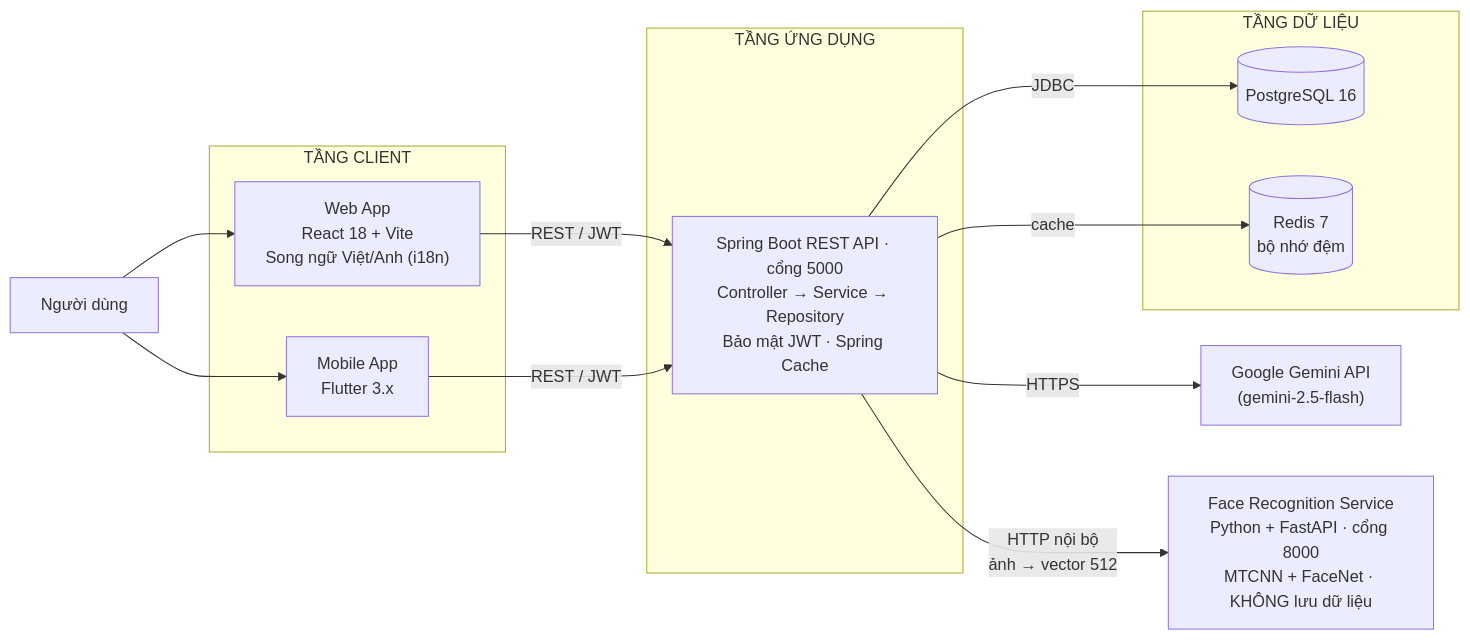
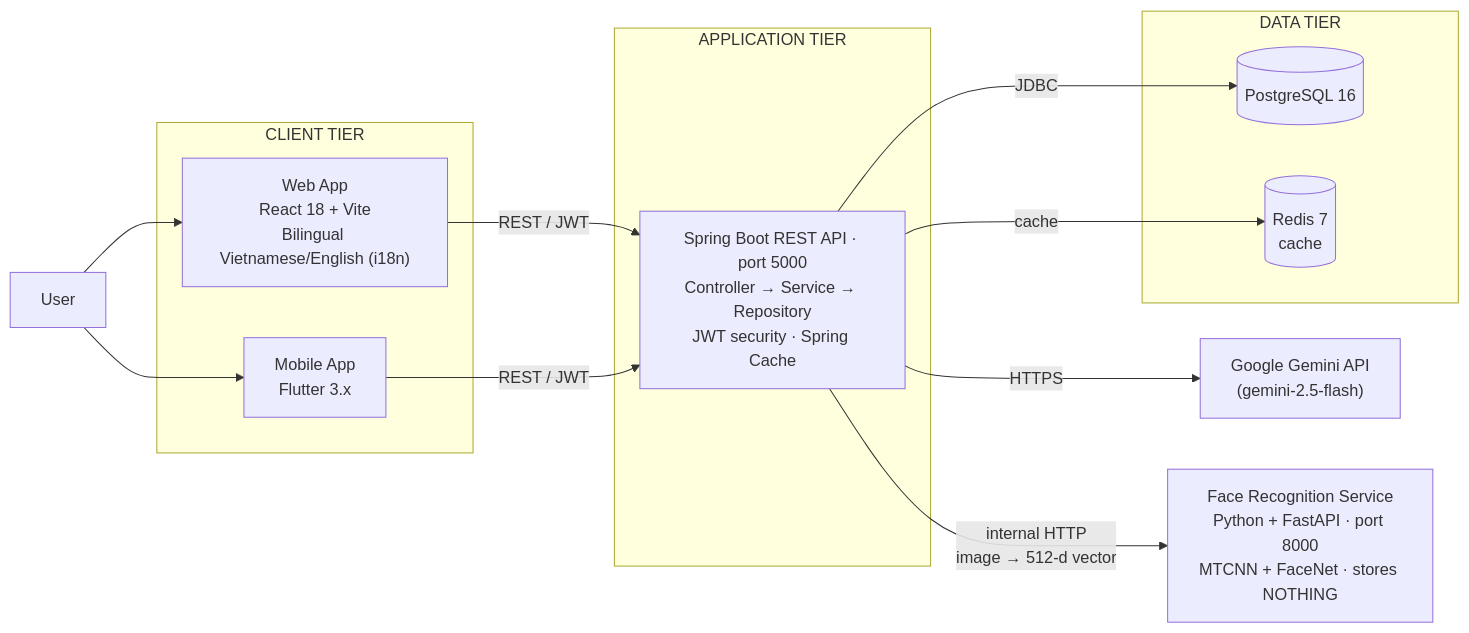
Before and after one commit to nhathao428/taskhub: the diagram in README.md, drawn with Mermaid. The commit also changed other lines of this file, not shown here.

Commit message:
docs: translate README to English

````diff
--- a/README.md
+++ b/README.md
@@ -19,24 +19,24 @@
 ```mermaid
 flowchart LR
-  User["Người dùng"]
-  subgraph CLIENT["TẦNG CLIENT"]
-    Web["Web App<br/>React 18 + Vite<br/>Song ngữ Việt/Anh (i18n)"]
+  User["User"]
+  subgraph CLIENT["CLIENT TIER"]
+    Web["Web App<br/>React 18 + Vite<br/>Bilingual Vietnamese/English (i18n)"]
     Mobile["Mobile App<br/>Flutter 3.x"]
   end
-  subgraph APP["TẦNG ỨNG DỤNG"]
-    Backend["Spring Boot REST API · cổng 5000<br/>Controller → Service → Repository<br/>Bảo mật JWT · Spring Cache"]
+  subgraph APP["APPLICATION TIER"]
+    Backend["Spring Boot REST API · port 5000<br/>Controller → Service → Repository<br/>JWT security · Spring Cache"]
   end
-  subgraph DATA["TẦNG DỮ LIỆU"]
+  subgraph DATA["DATA TIER"]
     PG[("PostgreSQL 16")]
-    Redis[("Redis 7<br/>bộ nhớ đệm")]
+    Redis[("Redis 7<br/>cache")]
   end
   Gemini["Google Gemini API<br/>(gemini-2.5-flash)"]
-  FaceSvc["Face Recognition Service<br/>Python + FastAPI · cổng 8000<br/>MTCNN + FaceNet · KHÔNG lưu dữ liệu"]
+  FaceSvc["Face Recognition Service<br/>Python + FastAPI · port 8000<br/>MTCNN + FaceNet · stores NOTHING"]
   User --> Web & Mobile
   Web -->|REST / JWT| Backend
   Mobile -->|REST / JWT| Backend
   Backend -->|JDBC| PG
   Backend -->|cache| Redis
   Backend -->|HTTPS| Gemini
-  Backend -->|HTTP nội bộ<br/>ảnh → vector 512| FaceSvc
+  Backend -->|internal HTTP<br/>image → 512-d vector| FaceSvc
 ```
````
